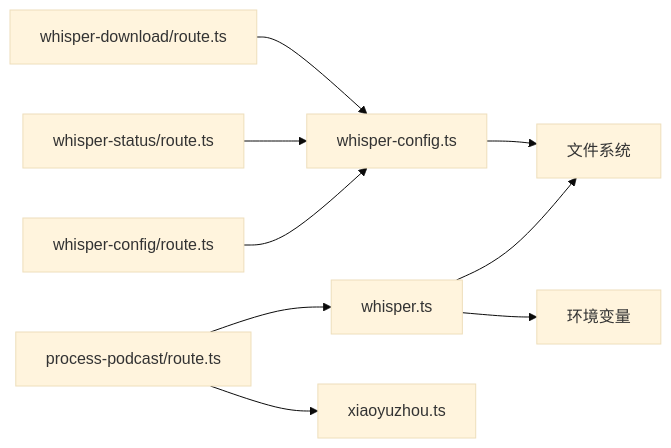
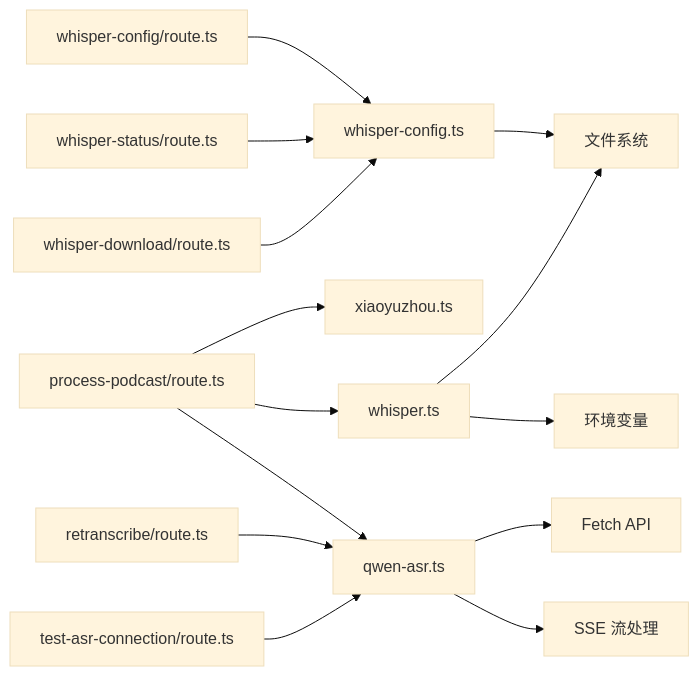
The tenth of 10 diagrams in .qoder/repowiki/zh/content/核心功能模块/语音识别引擎.md (clawbotai/memo-flow), drawn with Mermaid (base theme) before and after one commit. The commit also changed other lines of this file and 4 other files, not shown here.

````diff
--- a/.qoder/repowiki/zh/content/核心功能模块/语音识别引擎.md
+++ b/.qoder/repowiki/zh/content/核心功能模块/语音识别引擎.md
@@ -286,11 +427,16 @@
 ```mermaid
 graph LR
 WTS["whisper.ts"] --> FS["文件系统"]
 WTS --> ENV["环境变量"]
+QASR["qwen-asr.ts"] --> FETCH["Fetch API"]
+QASR --> SSE["SSE 流处理"]
 WCONF["whisper-config.ts"] --> FS
 POD["process-podcast/route.ts"] --> XY["xiaoyuzhou.ts"]
 POD --> WTS
+POD --> QASR
+RET["retranscribe/route.ts"] --> QASR
 CFG["whisper-config/route.ts"] --> WCONF
 STAT["whisper-status/route.ts"] --> WCONF
 DL["whisper-download/route.ts"] --> WCONF
+TEST["test-asr-connection/route.ts"] --> QASR
 ```
````
